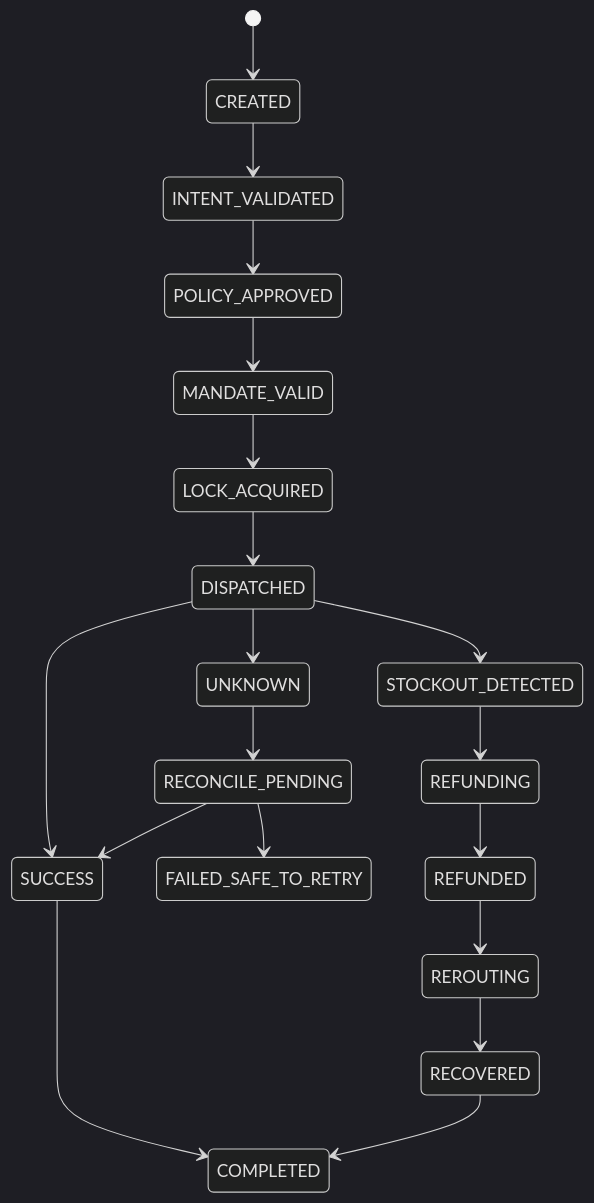
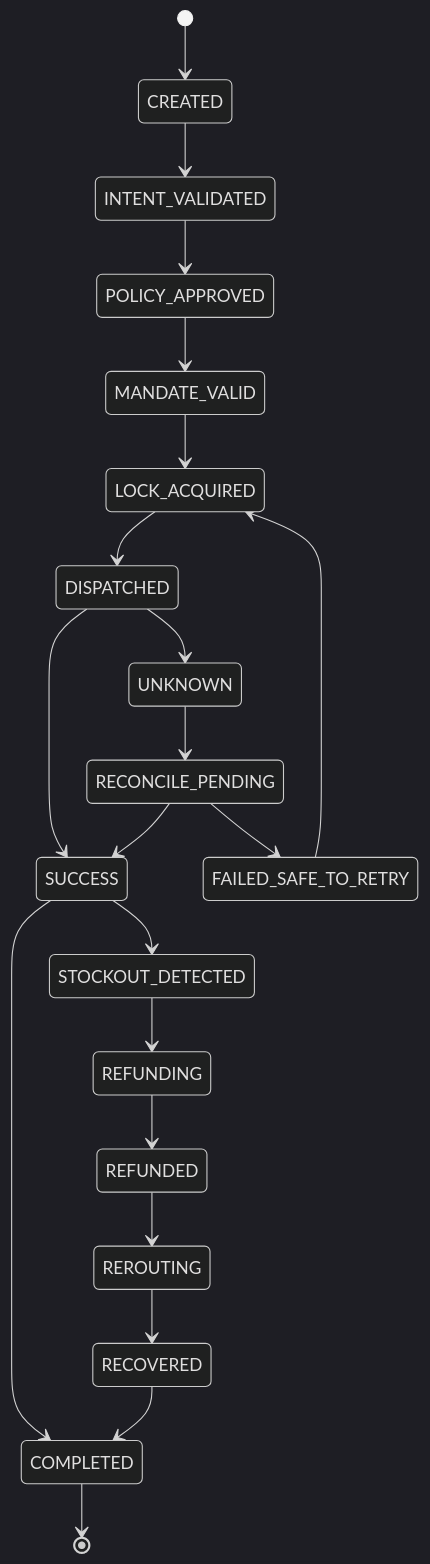
One commit to 31groot/agentshield changed the third of 3 diagrams in README.md. Above: the diagram before and after it, drawn with Mermaid (dark theme). The commit also changed other lines of this file and 17 other files, not shown here.

````diff
--- a/README.md
+++ b/README.md
@@ -339,23 +99,23 @@
 ```mermaid
 stateDiagram-v2
     [*] --> CREATED
     CREATED --> INTENT_VALIDATED
     INTENT_VALIDATED --> POLICY_APPROVED
     POLICY_APPROVED --> MANDATE_VALID
     MANDATE_VALID --> LOCK_ACQUIRED
     LOCK_ACQUIRED --> DISPATCHED
     DISPATCHED --> SUCCESS
     DISPATCHED --> UNKNOWN
     UNKNOWN --> RECONCILE_PENDING
     RECONCILE_PENDING --> SUCCESS
     RECONCILE_PENDING --> FAILED_SAFE_TO_RETRY
-
+    FAILED_SAFE_TO_RETRY --> LOCK_ACQUIRED
     SUCCESS --> COMPLETED
-
-    DISPATCHED --> STOCKOUT_DETECTED
+    SUCCESS --> STOCKOUT_DETECTED
     STOCKOUT_DETECTED --> REFUNDING
     REFUNDING --> REFUNDED
     REFUNDED --> REROUTING
     REROUTING --> RECOVERED
     RECOVERED --> COMPLETED
+    COMPLETED --> [*]
 ```
````
